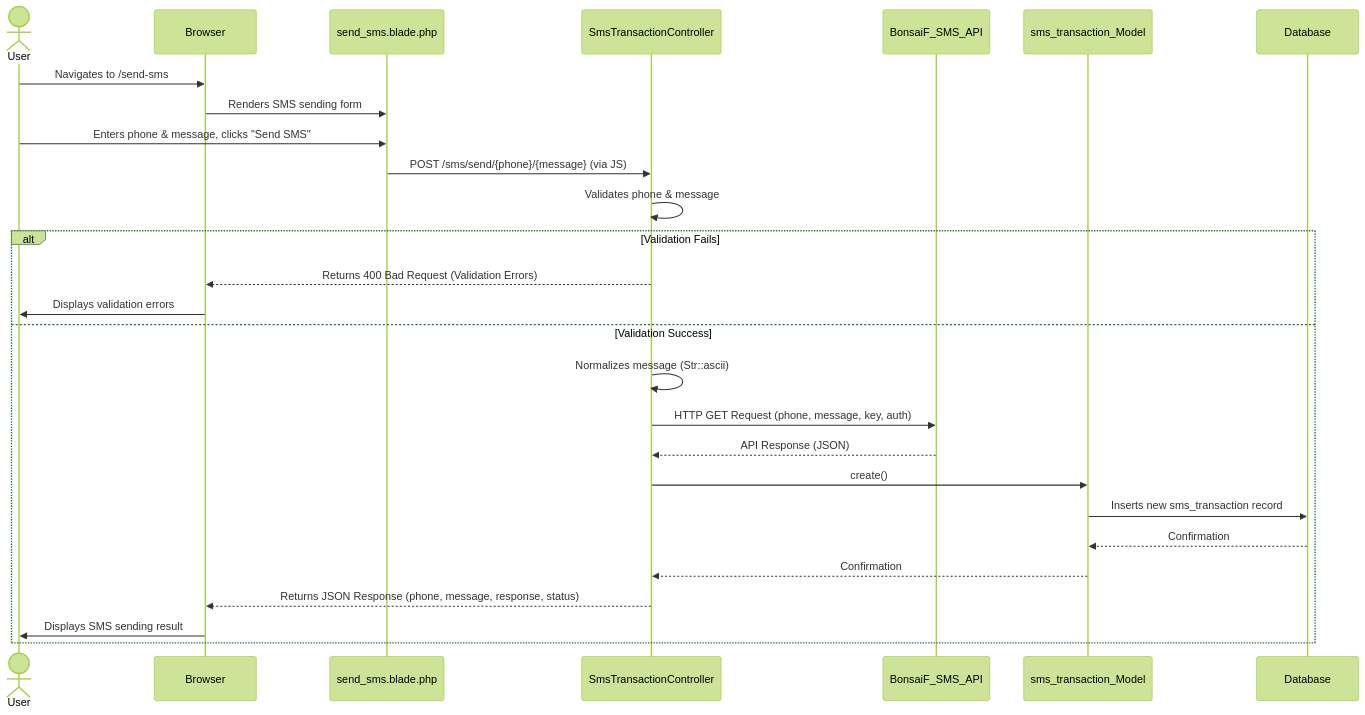
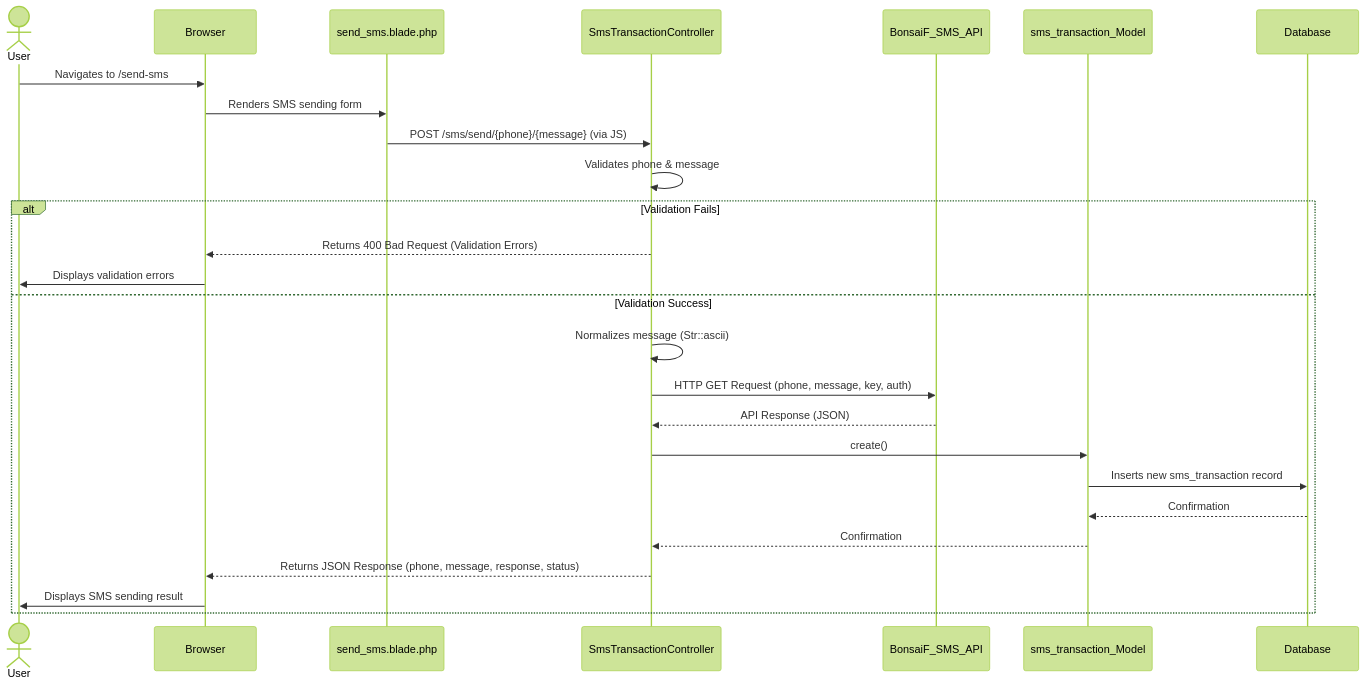
One commit to ramoncedeno/bonsaifsms changed the diagram in docs/data_flow_diagrams.md. Above: the diagram before and after it, drawn with Mermaid (forest theme). The commit also changed 3 other files, not shown here.

````diff
--- a/docs/data_flow_diagrams.md
+++ b/docs/data_flow_diagrams.md
@@ -3,30 +3,29 @@
 ```mermaid
 sequenceDiagram
     actor User
     participant Browser
     participant send_sms.blade.php
     participant SmsTransactionController
     participant BonsaiF_SMS_API
     participant sms_transaction_Model
     participant Database
 
     User->>Browser: Navigates to /send-sms
     Browser->>send_sms.blade.php: Renders SMS sending form
-    User->>send_sms.blade.php: Enters phone & message, clicks "Send SMS"
     send_sms.blade.php->>SmsTransactionController: POST /sms/send/{phone}/{message} (via JS)
     SmsTransactionController->>SmsTransactionController: Validates phone & message
     alt Validation Fails
         SmsTransactionController-->>Browser: Returns 400 Bad Request (Validation Errors)
         Browser->>User: Displays validation errors
     else Validation Success
         SmsTransactionController->>SmsTransactionController: Normalizes message (Str::ascii)
         SmsTransactionController->>BonsaiF_SMS_API: HTTP GET Request (phone, message, key, auth)
         BonsaiF_SMS_API-->>SmsTransactionController: API Response (JSON)
         SmsTransactionController->>sms_transaction_Model: create()
         sms_transaction_Model->>Database: Inserts new sms_transaction record
         Database-->>sms_transaction_Model: Confirmation
         sms_transaction_Model-->>SmsTransactionController: Confirmation
         SmsTransactionController-->>Browser: Returns JSON Response (phone, message, response, status)
         Browser->>User: Displays SMS sending result
     end
 ```
````
